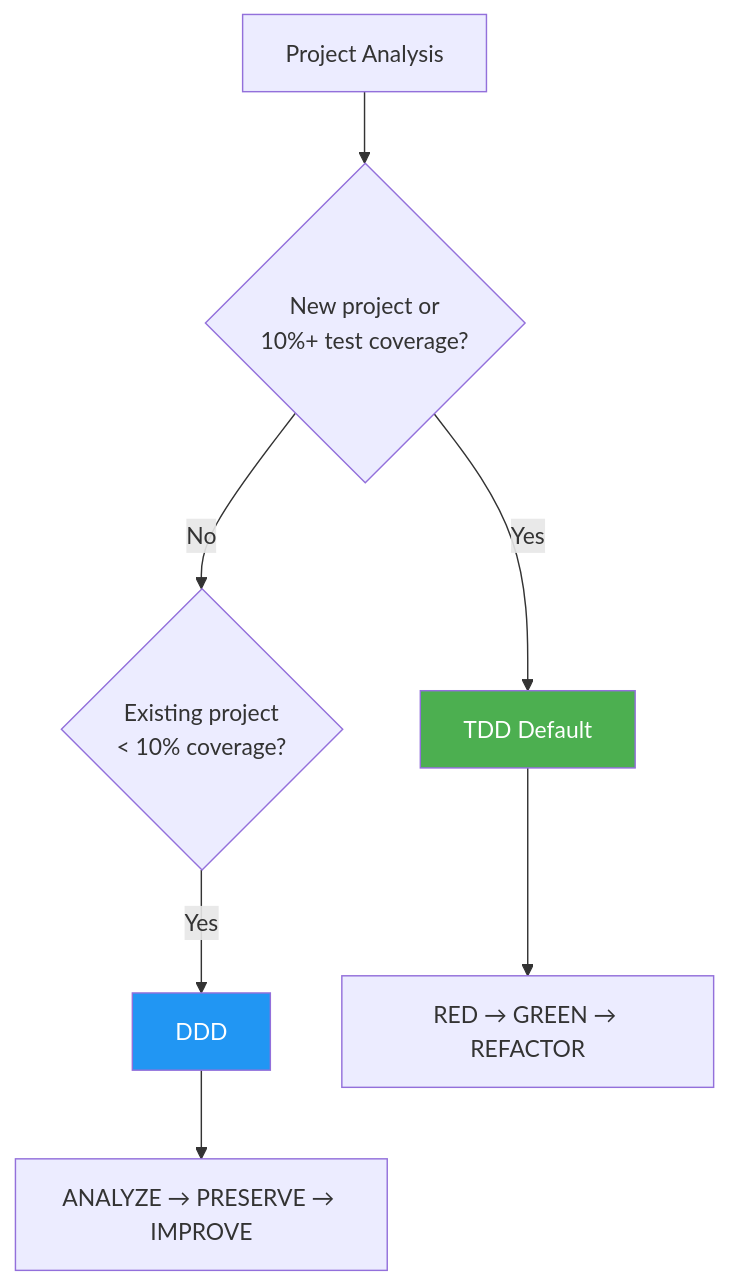
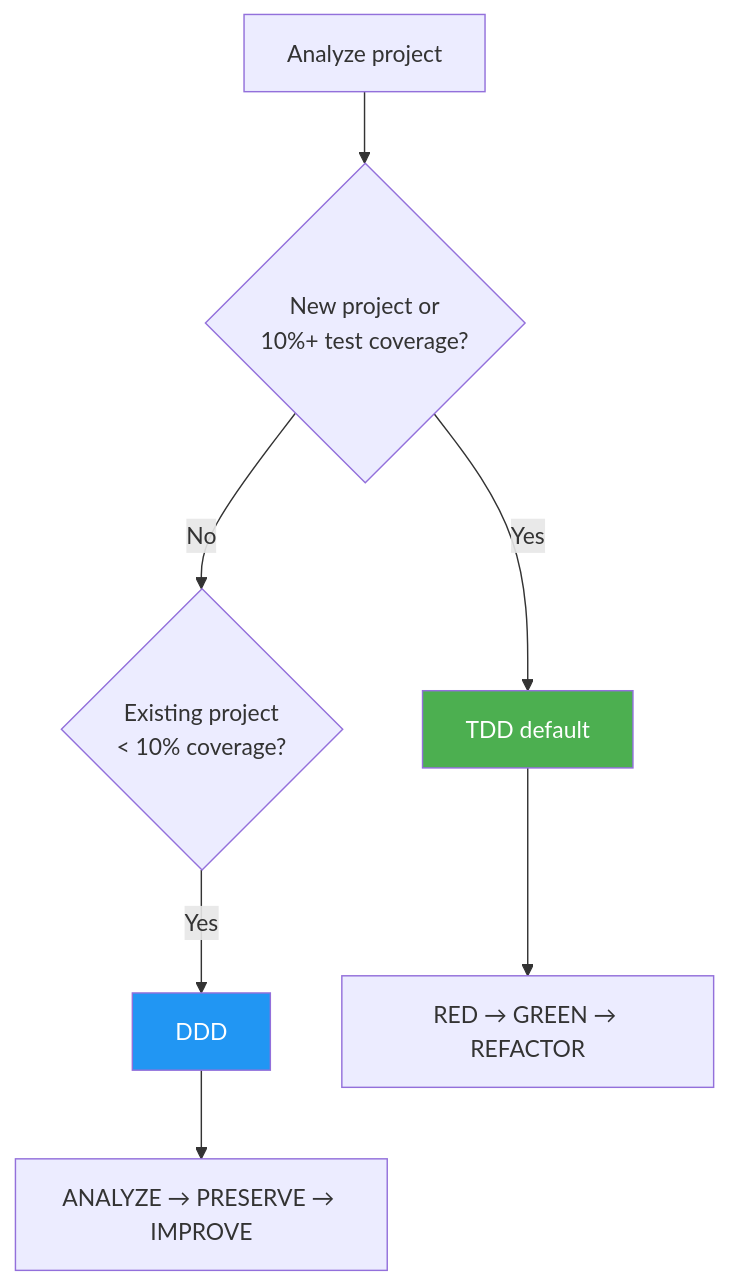
One commit to modu-ai/moai-adk changed the first of 2 diagrams in docs-site/content/en/getting-started/introduction.md. Above: the diagram before and after it, drawn with Mermaid. The commit also changed other lines of this file and 395 other files, not shown here.

````diff
--- a/docs-site/content/en/getting-started/introduction.md
+++ b/docs-site/content/en/getting-started/introduction.md
@@ -83,12 +100,12 @@
 ```mermaid
 flowchart TD
-    A["Project Analysis"] --> B{"New project or<br/>10%+ test coverage?"}
-    B -->|"Yes"| C["TDD Default"]
+    A["Analyze project"] --> B{"New project or<br/>10%+ test coverage?"}
+    B -->|"Yes"| C["TDD default"]
     B -->|"No"| D{"Existing project<br/>< 10% coverage?"}
     D -->|"Yes"| E["DDD"]
     C --> F["RED → GREEN → REFACTOR"]
     E --> G["ANALYZE → PRESERVE → IMPROVE"]
 
     style C fill:#4CAF50,color:#fff
     style E fill:#2196F3,color:#fff
 ```
````
